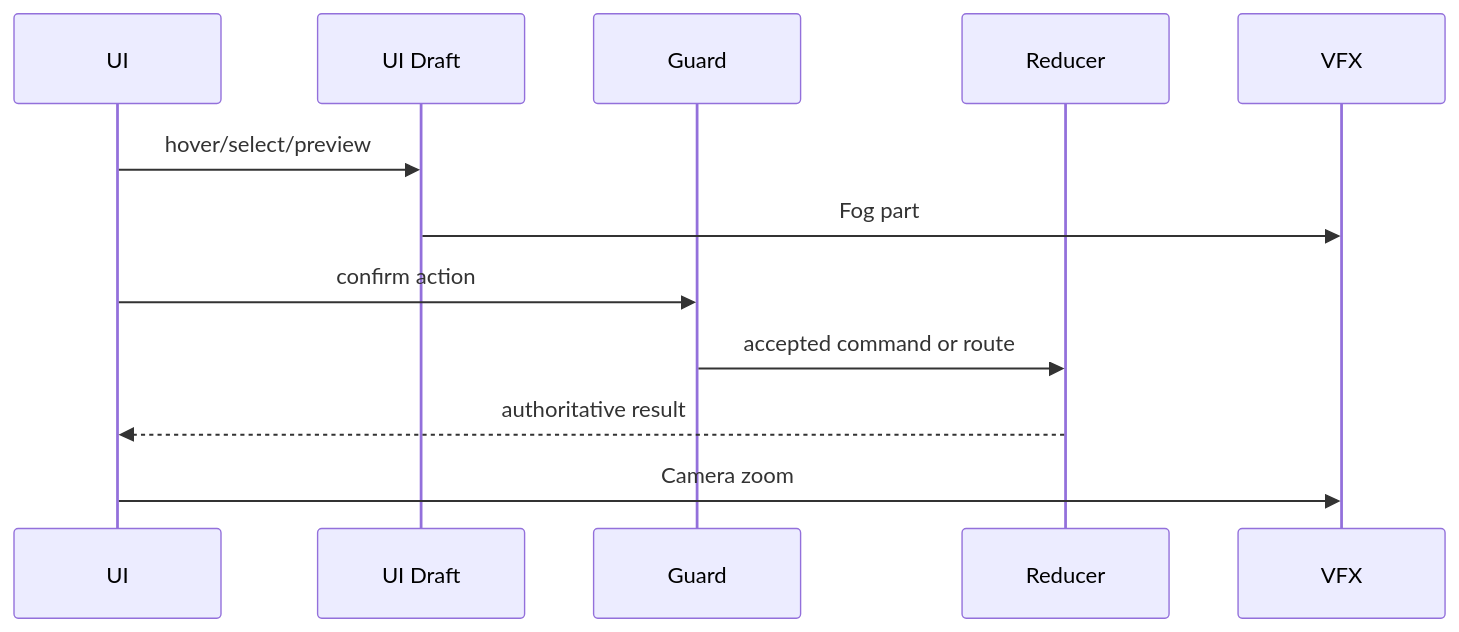
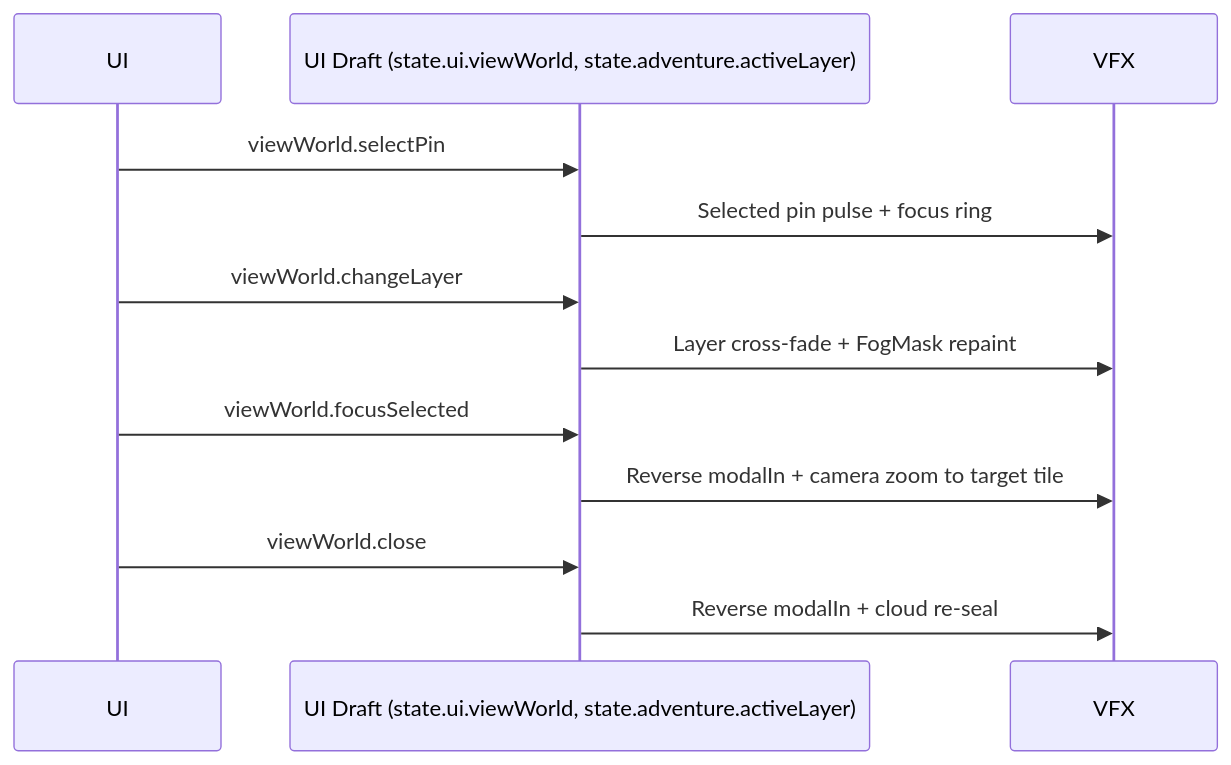
One commit to SunaNoOshiro/Heroes_Reforged_AI_Realms changed the fourth of 5 diagrams in docs/architecture/wiki/screens/16-view-world/architecture.md. Above: the diagram before and after it, drawn with Mermaid. The commit also changed other lines of this file and 518 other files, not shown here.

First line of the commit message:
Add doc-audit skill and sweep architecture/screen docs

````diff
--- a/docs/architecture/wiki/screens/16-view-world/architecture.md
+++ b/docs/architecture/wiki/screens/16-view-world/architecture.md
@@ -52,14 +70,14 @@
 ```mermaid
 sequenceDiagram
   participant UI
-  participant Draft as UI Draft
-  participant Guard
-  participant Reducer
+  participant Draft as UI Draft (state.ui.viewWorld, state.adventure.activeLayer)
   participant VFX
-  UI->>Draft: hover/select/preview
-  Draft->>VFX: Fog part
-  UI->>Guard: confirm action
-  Guard->>Reducer: accepted command or route
-  Reducer-->>UI: authoritative result
-  UI->>VFX: Camera zoom
+  UI->>Draft: viewWorld.selectPin
+  Draft->>VFX: Selected pin pulse + focus ring
+  UI->>Draft: viewWorld.changeLayer
+  Draft->>VFX: Layer cross-fade + FogMask repaint
+  UI->>Draft: viewWorld.focusSelected
+  Draft->>VFX: Reverse modalIn + camera zoom to target tile
+  UI->>Draft: viewWorld.close
+  Draft->>VFX: Reverse modalIn + cloud re-seal
 ```
````
